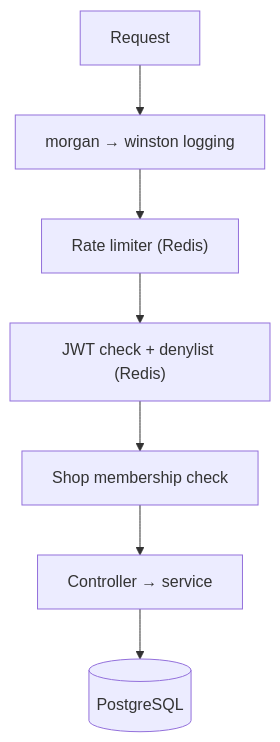
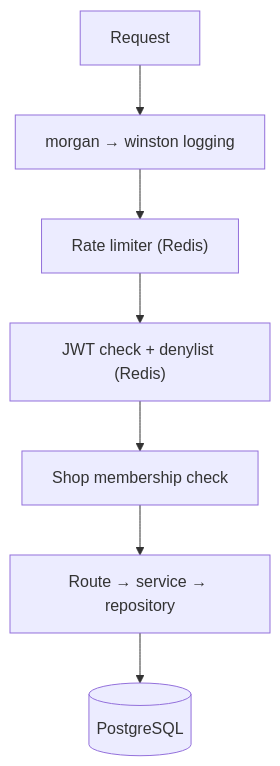
One commit to Harsh6575/portfolio-data changed the second of 3 diagrams in projects/tailor-track.md. Above: the diagram before and after it, drawn with Mermaid. The commit also changed other lines of this file and 8 other files, not shown here.

````diff
--- a/projects/tailor-track.md
+++ b/projects/tailor-track.md
@@ -71,4 +75,4 @@
 ```mermaid
 flowchart TD
-    A["Request"] --> B["morgan → winston logging"] --> C["Rate limiter (Redis)"] --> D["JWT check + denylist (Redis)"] --> E["Shop membership check"] --> F["Controller → service"] --> G[("PostgreSQL")]
+    A["Request"] --> B["morgan → winston logging"] --> C["Rate limiter (Redis)"] --> D["JWT check + denylist (Redis)"] --> E["Shop membership check"] --> F["Route → service → repository"] --> G[("PostgreSQL")]
 ```
````
